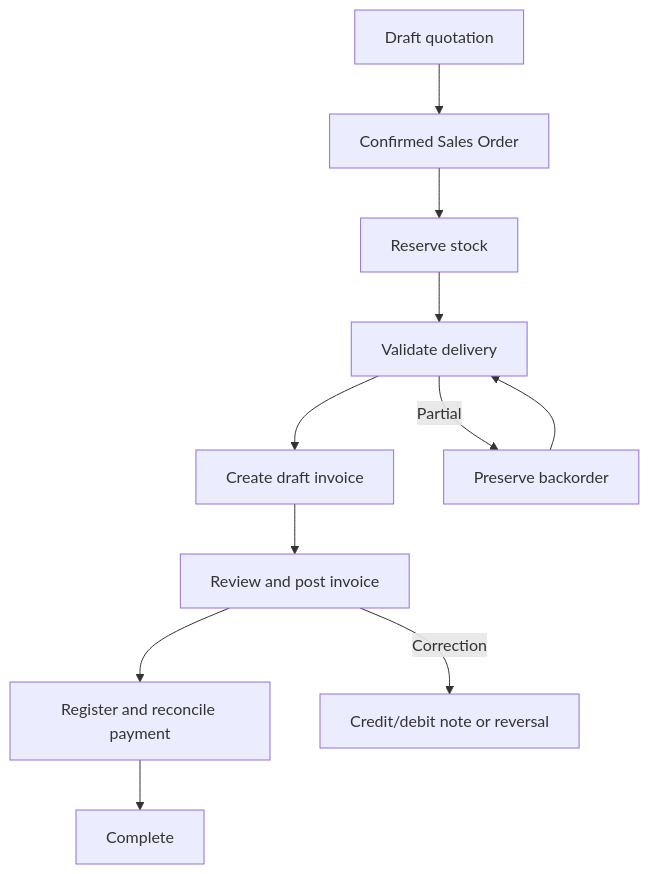
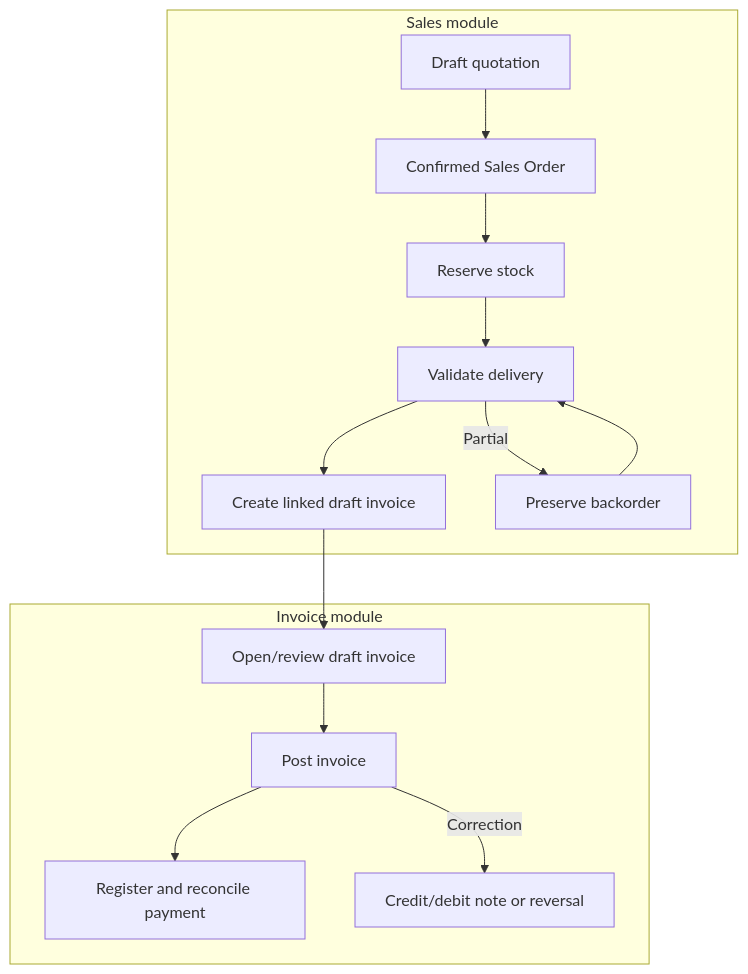
One commit to Brianogango/deed-erp changed the second of 2 diagrams in docs/domain/SALES_ORDER_WORKFLOW.md. Above: the diagram before and after it, drawn with Mermaid. The commit also changed other lines of this file, not shown here.

Commit message:
docs(sales): separate Sales and Invoice module ownership

````diff
--- a/docs/domain/SALES_ORDER_WORKFLOW.md
+++ b/docs/domain/SALES_ORDER_WORKFLOW.md
@@ -37,13 +51,19 @@
 ```mermaid
 flowchart TD
-    Q["Draft quotation"] --> C["Confirmed Sales Order"]
-    C --> R["Reserve stock"]
-    R --> D["Validate delivery"]
-    D --> I["Create draft invoice"]
-    I --> P["Review and post invoice"]
-    P --> M["Register and reconcile payment"]
-    M --> X["Complete"]
-    D -->|Partial| B["Preserve backorder"]
-    B --> D
-    P -->|Correction| V["Credit/debit note or reversal"]
+    subgraph S["Sales module"]
+      Q["Draft quotation"] --> C["Confirmed Sales Order"]
+      C --> R["Reserve stock"]
+      R --> D["Validate delivery"]
+      D --> I["Create linked draft invoice"]
+      D -->|Partial| B["Preserve backorder"]
+      B --> D
+    end
+
+    subgraph F["Invoice module"]
+      O["Open/review draft invoice"] --> P["Post invoice"]
+      P --> M["Register and reconcile payment"]
+      P -->|Correction| V["Credit/debit note or reversal"]
+    end
+
+    I --> O
 ```
````
